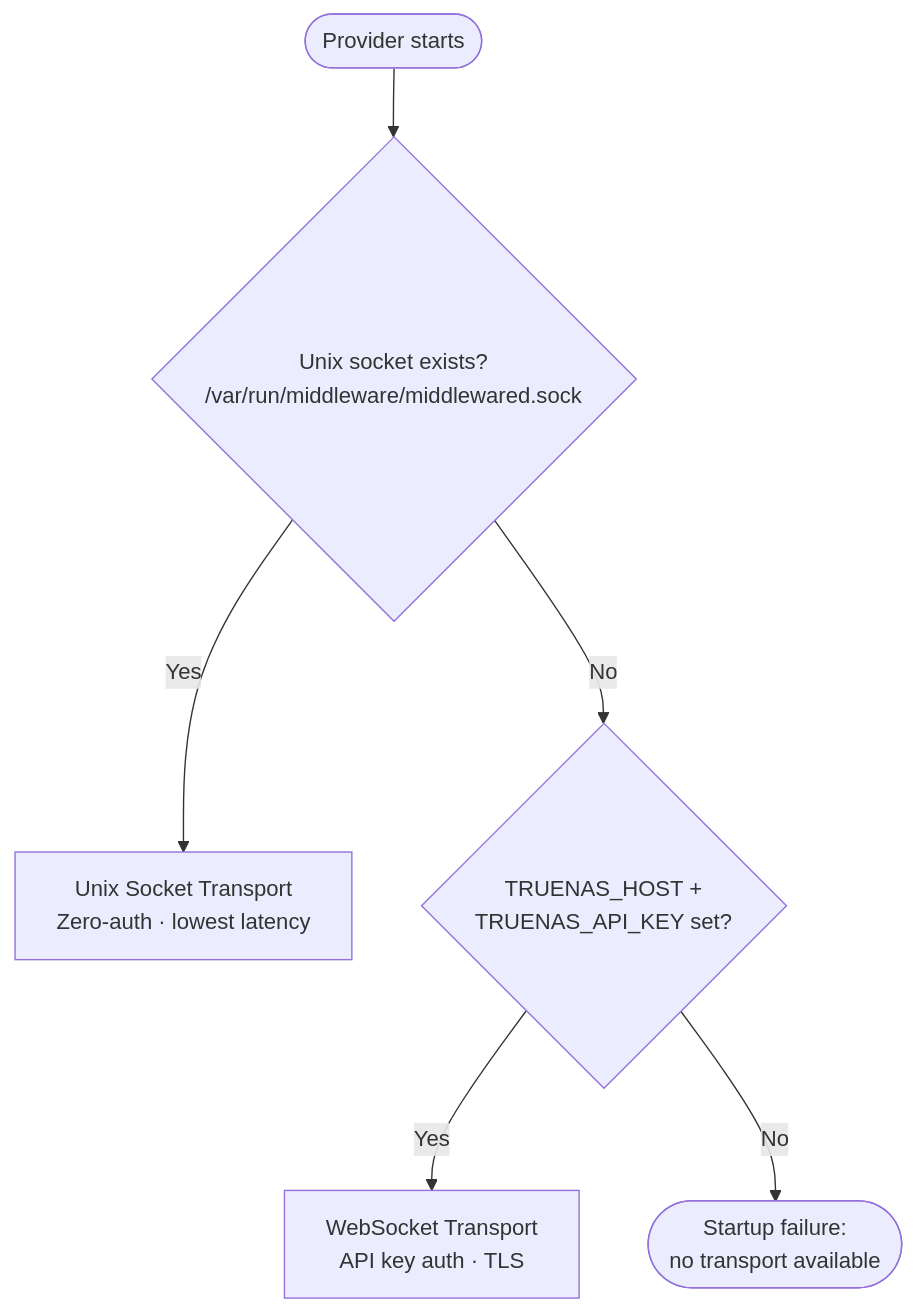
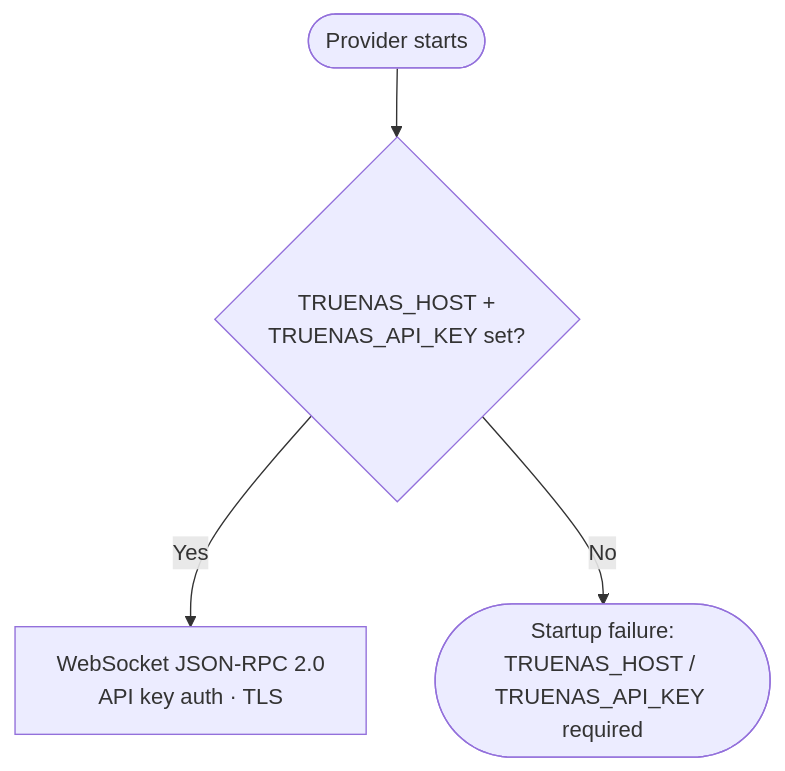
Before and after one commit to bearbinary/omni-infra-provider-truenas: the fifth of 7 diagrams in docs/architecture.md, drawn with Mermaid. The commit also changed other lines of this file and 37 other files, not shown here.

First line of the commit message:
v0.14.0: WebSocket-only transport, Longhorn default

````diff
--- a/docs/architecture.md
+++ b/docs/architecture.md
@@ -114,8 +114,6 @@
 ```mermaid
 flowchart TD
-    Start([Provider starts]) --> Check{Unix socket exists?<br/>/var/run/middleware/middlewared.sock}
-    Check -->|Yes| Socket[Unix Socket Transport<br/>Zero-auth · lowest latency]
-    Check -->|No| WSCheck{TRUENAS_HOST +<br/>TRUENAS_API_KEY set?}
-    WSCheck -->|Yes| WS[WebSocket Transport<br/>API key auth · TLS]
-    WSCheck -->|No| Fail([Startup failure:<br/>no transport available])
+    Start([Provider starts]) --> Check{TRUENAS_HOST +<br/>TRUENAS_API_KEY set?}
+    Check -->|Yes| WS[WebSocket JSON-RPC 2.0<br/>API key auth · TLS]
+    Check -->|No| Fail([Startup failure:<br/>TRUENAS_HOST / TRUENAS_API_KEY required])
 ```
````
